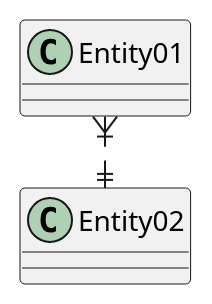
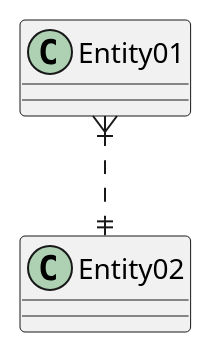
One commit to knowvah/plantuml-ts changed the diagram in test-results/dot-cache/unknown/fakone-16-boro774/in.puml. Above: the diagram before and after it, drawn with PlantUML. The commit also changed 41 other files, not shown here.

First line of the commit message:
fix(cdd8-t0b): re-capture five smetana-pragma rows without the pragma

```diff
--- a/test-results/dot-cache/unknown/fakone-16-boro774/in.puml
+++ b/test-results/dot-cache/unknown/fakone-16-boro774/in.puml
@@ -1,4 +1,3 @@
 @startuml
-!pragma layout smetana
 Entity01 }|..|| Entity02
 @enduml
```
